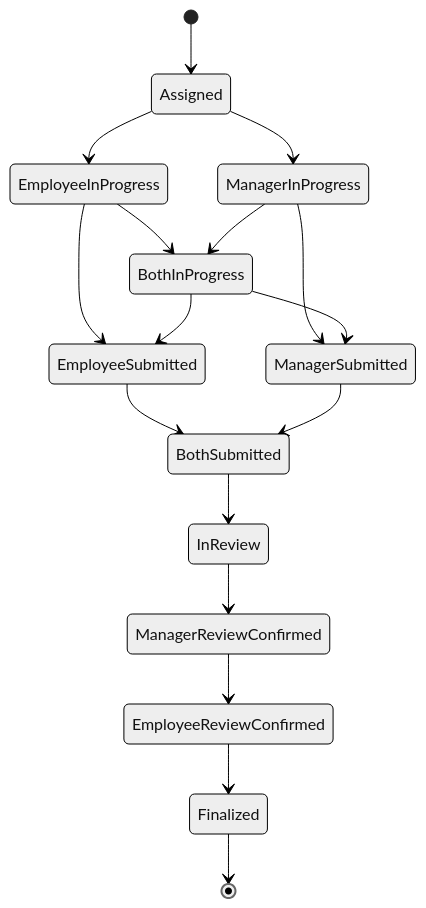
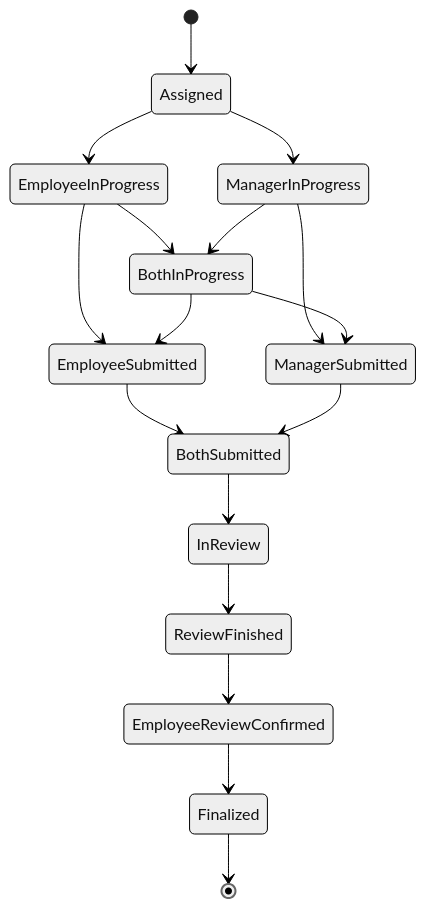
Before and after one commit to da-kil/BlazorRadzenTest: the diagram in docs/architecture/Questionnaire-Section-Visibility-Rules.md, drawn with Mermaid (neutral theme). The commit also changed other lines of this file and 35 other files, not shown here.

First line of the commit message:
Implement employee review sign-off workflow with separated confirmation steps

````diff
--- a/docs/architecture/Questionnaire-Section-Visibility-Rules.md
+++ b/docs/architecture/Questionnaire-Section-Visibility-Rules.md
@@ -191,22 +195,22 @@
 ```mermaid
 stateDiagram-v2
     [*] --> Assigned
     Assigned --> EmployeeInProgress
     Assigned --> ManagerInProgress
     EmployeeInProgress --> BothInProgress
     ManagerInProgress --> BothInProgress
 
     EmployeeInProgress --> EmployeeSubmitted
     ManagerInProgress --> ManagerSubmitted
     BothInProgress --> EmployeeSubmitted
     BothInProgress --> ManagerSubmitted
 
     EmployeeSubmitted --> BothSubmitted
     ManagerSubmitted --> BothSubmitted
 
     BothSubmitted --> InReview
-    InReview --> ManagerReviewConfirmed
-    ManagerReviewConfirmed --> EmployeeReviewConfirmed
+    InReview --> ReviewFinished
+    ReviewFinished --> EmployeeReviewConfirmed
     EmployeeReviewConfirmed --> Finalized
     Finalized --> [*]
 ```
````
